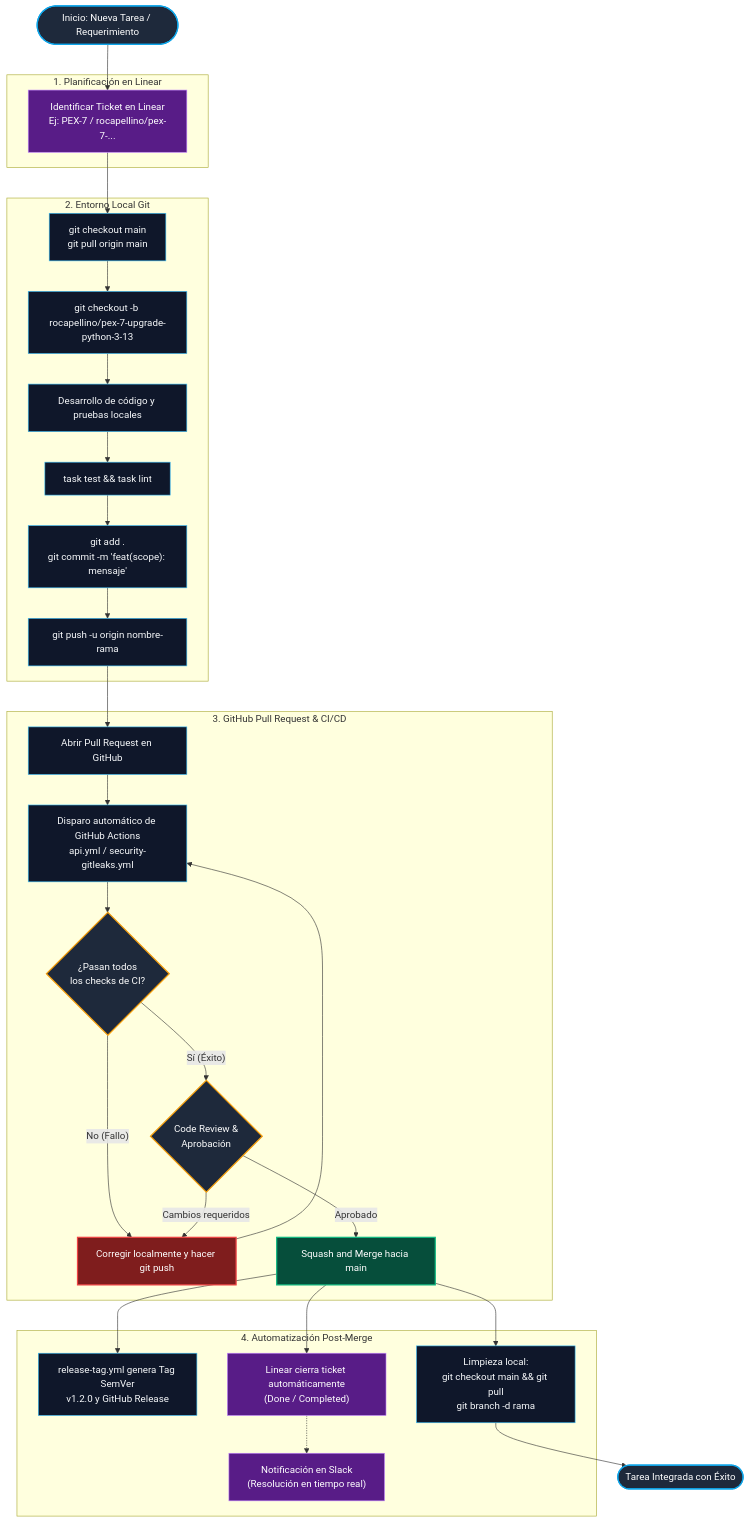
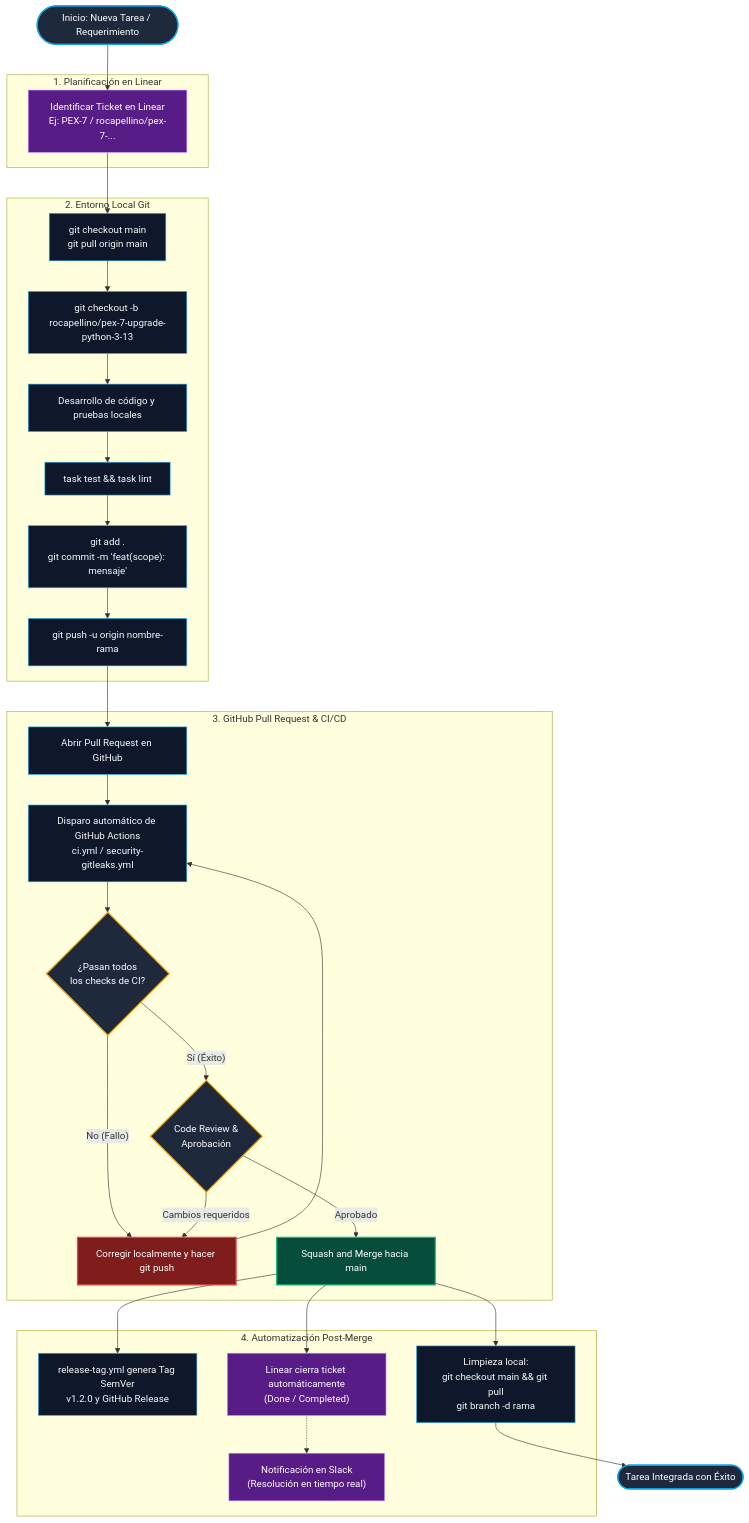
Before and after one commit to rocapellino/pokedex: the first of 2 diagrams in docs/devops/GIT_BRANCHING_AND_MERGE_WORKFLOW.md, drawn with Mermaid. The commit also changed other lines of this file and 12 other files, not shown here.

````diff
--- a/docs/devops/GIT_BRANCHING_AND_MERGE_WORKFLOW.md
+++ b/docs/devops/GIT_BRANCHING_AND_MERGE_WORKFLOW.md
@@ -40,73 +40,73 @@
 ```mermaid
 flowchart TD
     %% Definición de Nodos
     Start(["Inicio: Nueva Tarea / Requerimiento"])
     
     subgraph Planificacion ["1. Planificación en Linear"]
         LinearIssue["Identificar Ticket en Linear<br/>Ej: PEX-7 / rocapellino/pex-7-..."]
     end
 
     subgraph DesarrolloLocal ["2. Entorno Local Git"]
         SyncMain["git checkout main<br/>git pull origin main"]
         CreateBranch["git checkout -b rocapellino/pex-7-upgrade-python-3-13"]
         Coding["Desarrollo de código y pruebas locales"]
         LocalAudit["task test && task lint"]
         CommitChanges["git add .<br/>git commit -m 'feat(scope): mensaje'"]
         PushRemote["git push -u origin nombre-rama"]
     end
 
     subgraph RevisionGitHub ["3. GitHub Pull Request & CI/CD"]
         OpenPR["Abrir Pull Request en GitHub"]
-        CIWorkflow["Disparo automático de GitHub Actions<br/>api.yml / security-gitleaks.yml"]
+        CIWorkflow["Disparo automático de GitHub Actions<br/>ci.yml / security-gitleaks.yml"]
         CheckCI{"¿Pasan todos<br/>los checks de CI?"}
         FixLocally["Corregir localmente y hacer git push"]
         ReviewCopilot{"Code Review &<br/>Aprobación"}
         MergeToMain["Squash and Merge hacia main"]
     end
 
     subgraph PostMerge ["4. Automatización Post-Merge"]
         AutoTag["release-tag.yml genera Tag SemVer<br/>v1.2.0 y GitHub Release"]
         LinearClose["Linear cierra ticket automáticamente<br/>(Done / Completed)"]
         SlackDone["Notificación en Slack<br/>(Resolución en tiempo real)"]
         CleanLocal["Limpieza local:<br/>git checkout main && git pull<br/>git branch -d rama"]
     end
 
     Finish(["Tarea Integrada con Éxito"])
 
     %% Conexiones
     Start --> LinearIssue
     LinearIssue --> SyncMain
     SyncMain --> CreateBranch
     CreateBranch --> Coding
     Coding --> LocalAudit
     LocalAudit --> CommitChanges
     CommitChanges --> PushRemote
     PushRemote --> OpenPR
     OpenPR --> CIWorkflow
     CIWorkflow --> CheckCI
     CheckCI -- "No (Fallo)" --> FixLocally
     FixLocally --> CIWorkflow
     CheckCI -- "Sí (Éxito)" --> ReviewCopilot
     ReviewCopilot -- "Cambios requeridos" --> FixLocally
     ReviewCopilot -- "Aprobado" --> MergeToMain
     MergeToMain --> AutoTag
     MergeToMain --> LinearClose
     LinearClose -.-> SlackDone
     MergeToMain --> CleanLocal
     CleanLocal --> Finish
 
     %% Estilos
     classDef startEnd fill:#1e293b,stroke:#0ea5e9,stroke-width:2px,color:#fff;
     classDef gitAction fill:#0f172a,stroke:#38bdf8,stroke-width:1px,color:#f8fafc;
     classDef linearStep fill:#581c87,stroke:#c084fc,stroke-width:1px,color:#fff;
     classDef decision fill:#1e293b,stroke:#f59e0b,stroke-width:2px,color:#fff;
     classDef success fill:#064e3b,stroke:#10b981,stroke-width:2px,color:#fff;
     classDef fail fill:#7f1d1d,stroke:#ef4444,stroke-width:2px,color:#fff;
 
     class Start,Finish startEnd;
     class LinearIssue,LinearClose,SlackDone linearStep;
     class SyncMain,CreateBranch,Coding,LocalAudit,CommitChanges,PushRemote,OpenPR,CIWorkflow,AutoTag,CleanLocal gitAction;
     class CheckCI,ReviewCopilot decision;
     class MergeToMain success;
     class FixLocally fail;
 ```
````
